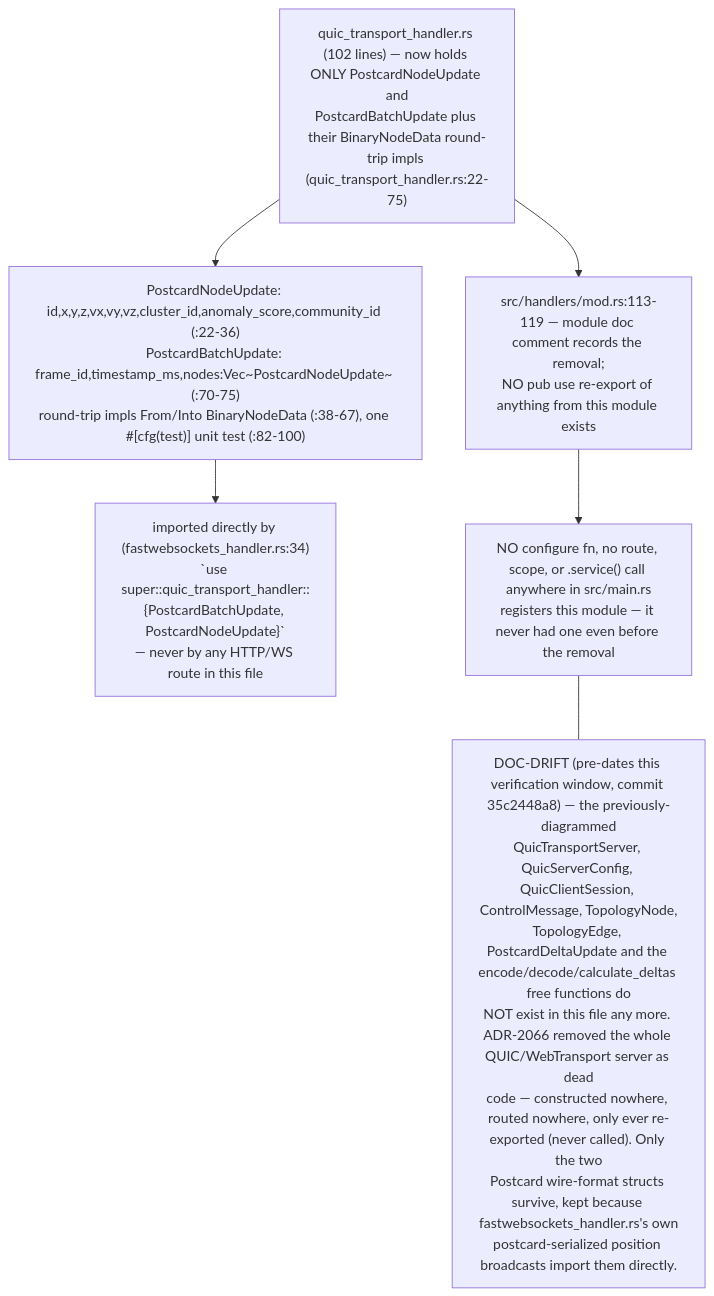
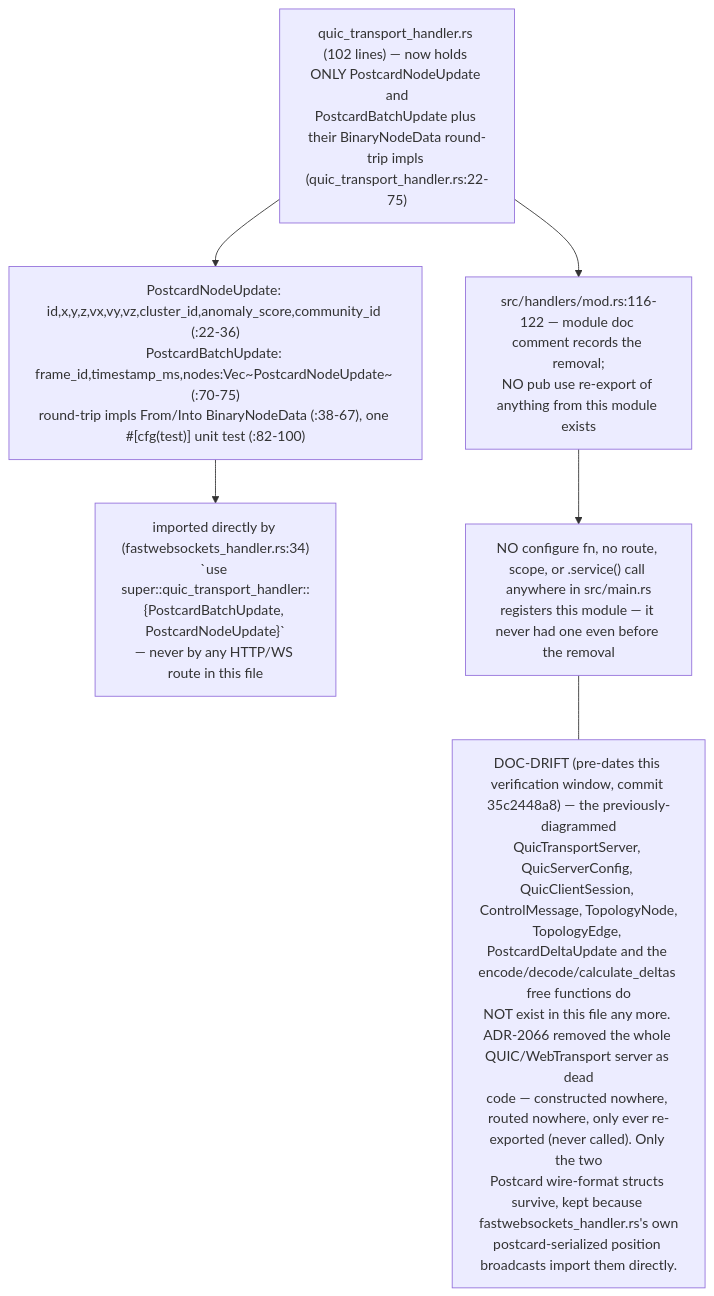
Diagram 23 of 23 in docs/diagrams/visionclaw/04-handlers-graph-and-state.md (DreamLab-AI/VisionFlow), drawn with Mermaid before and after one commit. The commit also changed other lines of this file and 160 other files, not shown here.

````diff
--- a/docs/diagrams/visionclaw/04-handlers-graph-and-state.md
+++ b/docs/diagrams/visionclaw/04-handlers-graph-and-state.md
@@ -1030,12 +1037,12 @@
 ```mermaid
 flowchart TB
     Q["quic_transport_handler.rs (102 lines) — now holds ONLY PostcardNodeUpdate and<br/>PostcardBatchUpdate plus their BinaryNodeData round-trip impls (quic_transport_handler.rs:22-75)"]
     FIELDS["PostcardNodeUpdate: id,x,y,z,vx,vy,vz,cluster_id,anomaly_score,community_id (:22-36)<br/>PostcardBatchUpdate: frame_id,timestamp_ms,nodes:Vec~PostcardNodeUpdate~ (:70-75)<br/>round-trip impls From/Into BinaryNodeData (:38-67), one #[cfg(test)] unit test (:82-100)"]
     IMP["imported directly by (fastwebsockets_handler.rs:34)<br/>`use super::quic_transport_handler::{PostcardBatchUpdate, PostcardNodeUpdate}`<br/>— never by any HTTP/WS route in this file"]
-    MODRS["src/handlers/mod.rs:113-119 — module doc comment records the removal;<br/>NO pub use re-export of anything from this module exists"]
+    MODRS["src/handlers/mod.rs:116-122 — module doc comment records the removal;<br/>NO pub use re-export of anything from this module exists"]
     NONE["NO configure fn, no route, scope, or .service() call anywhere in src/main.rs<br/>registers this module — it never had one even before the removal"]
     Q --> FIELDS --> IMP
     Q --> MODRS --> NONE
     D1["DOC-DRIFT (pre-dates this verification window, commit 35c2448a8) — the previously-diagrammed<br/>QuicTransportServer, QuicServerConfig, QuicClientSession, ControlMessage, TopologyNode,<br/>TopologyEdge, PostcardDeltaUpdate and the encode/decode/calculate_deltas free functions do<br/>NOT exist in this file any more. ADR-2066 removed the whole QUIC/WebTransport server as dead<br/>code — constructed nowhere, routed nowhere, only ever re-exported (never called). Only the two<br/>Postcard wire-format structs survive, kept because fastwebsockets_handler.rs's own<br/>postcard-serialized position broadcasts import them directly."]
     NONE --- D1
 ```
````
